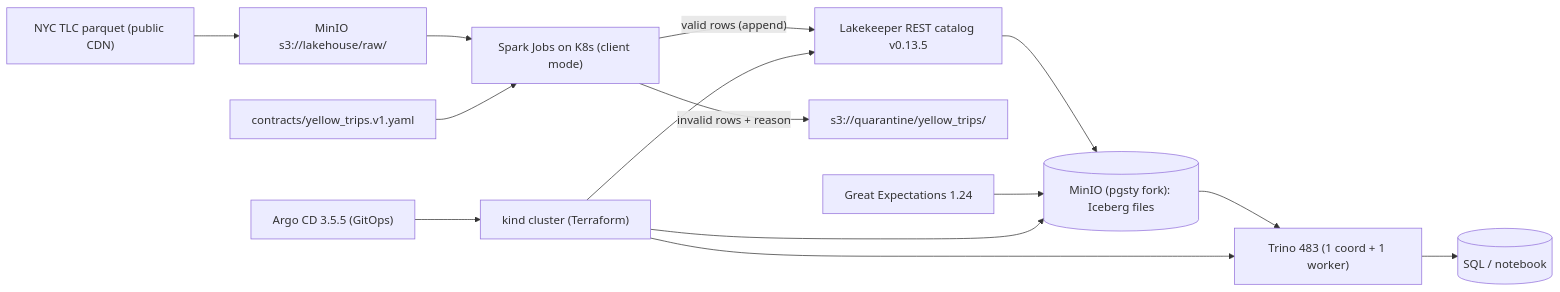
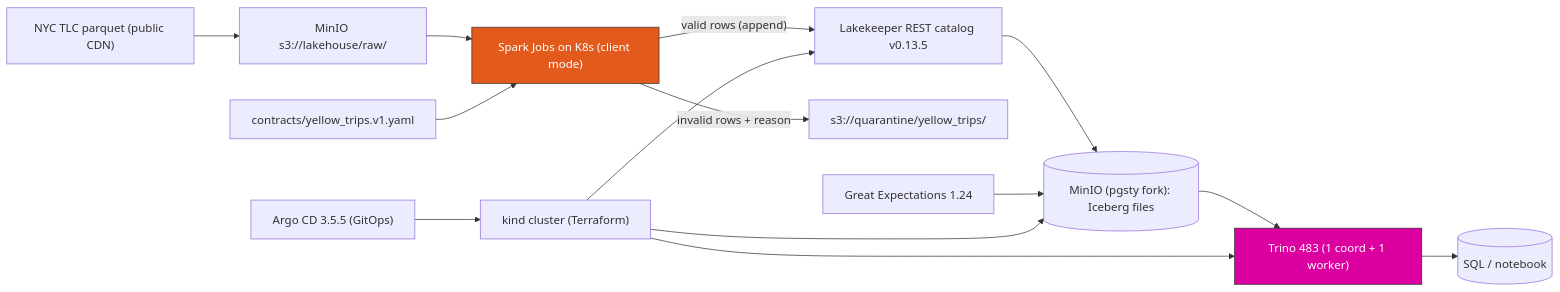
Before and after one commit to Mazhine/nyc-taxi-lakehouse: the diagram in README.md, drawn with Mermaid. The commit also changed other lines of this file and 73 other files, not shown here.

````diff
--- a/README.md
+++ b/README.md
@@ -11,16 +42,23 @@
 ```mermaid
 flowchart LR
     TLC["NYC TLC parquet (public CDN)"] --> RAW["MinIO s3://lakehouse/raw/"]
     RAW --> SJ["Spark Jobs on K8s (client mode)"]
     SJ -->|"valid rows (append)"| LK["Lakekeeper REST catalog v0.13.5"]
     SJ -->|"invalid rows + reason"| Q["s3://quarantine/yellow_trips/"]
     CTR["contracts/yellow_trips.v1.yaml"] --> SJ
     LK --> MINIO[("MinIO (pgsty fork): Iceberg files")]
     MINIO --> TRINO["Trino 483 (1 coord + 1 worker)"]
     TRINO --> USER[("SQL / notebook")]
     GX["Great Expectations 1.24"] --> MINIO
     ARGO["Argo CD 3.5.5 (GitOps)"] --> K8S["kind cluster (Terraform)"]
     K8S --> MINIO
     K8S --> LK
     K8S --> TRINO
+
+    classDef store fill:#c72e49,stroke:#333,color:#fff;
+    classDef compute fill:#e25a1c,stroke:#333,color:#fff;
+    classDef query fill:#dd00a1,stroke:#333,color:#fff;
+    class MinIO store;
+    class SJ compute;
+    class TRINO query;
 ```
````
